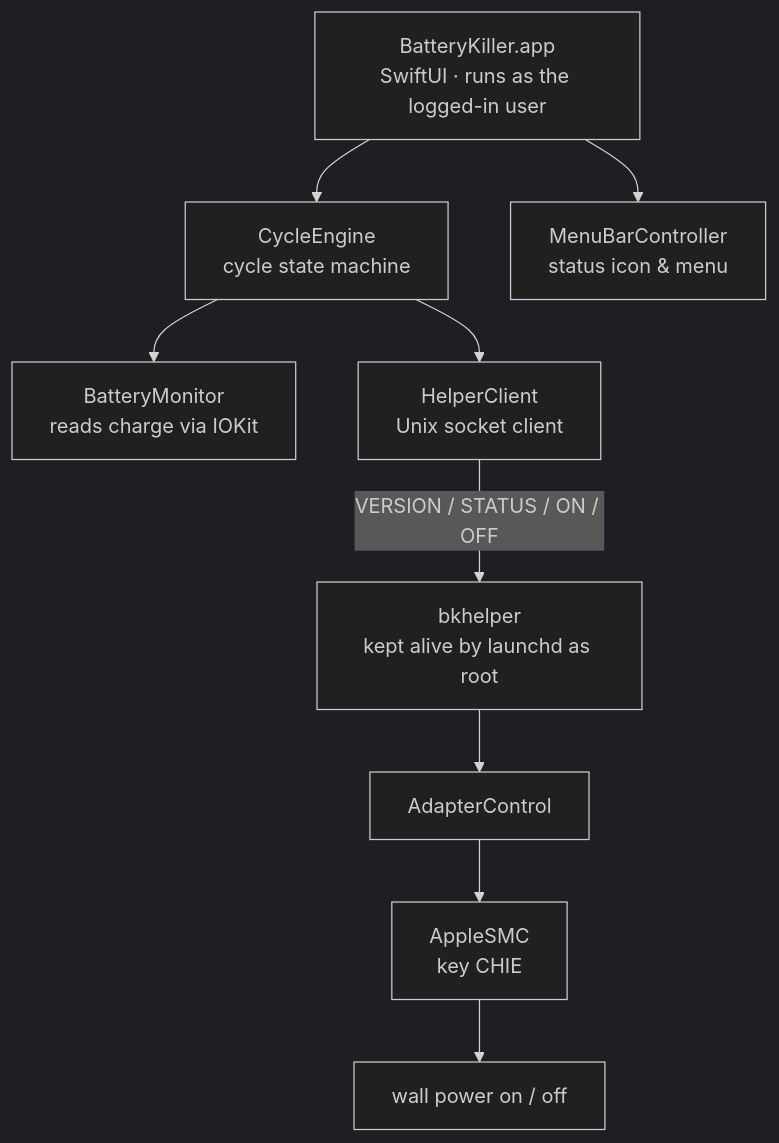
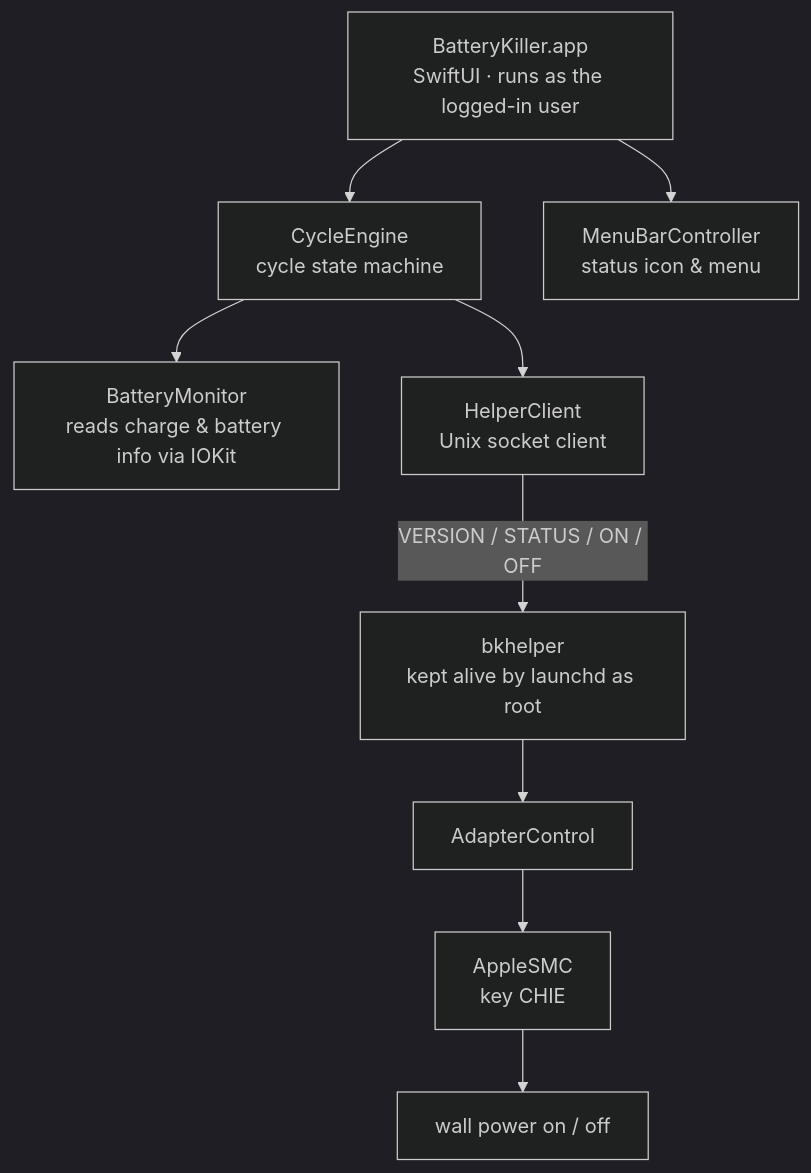
The third of 4 diagrams in README.md (angiie/b-killer), drawn with Mermaid before and after one commit. The commit also changed other lines of this file and 10 other files, not shown here.

````diff
--- a/README.md
+++ b/README.md
@@ -224,12 +226,12 @@
 ```mermaid
 %%{init: {'theme':'dark'}}%%
 graph TD
     A["BatteryKiller.app<br/>SwiftUI · runs as the logged-in user"] --> B["CycleEngine<br/>cycle state machine"]
     A --> C["MenuBarController<br/>status icon & menu"]
-    B --> D["BatteryMonitor<br/>reads charge via IOKit"]
+    B --> D["BatteryMonitor<br/>reads charge & battery info via IOKit"]
     B --> E["HelperClient<br/>Unix socket client"]
     E -->|"VERSION / STATUS / ON / OFF"| F["bkhelper<br/>kept alive by launchd as root"]
     F --> G["AdapterControl"]
     G --> H["AppleSMC<br/>key CHIE"]
     H --> I["wall power on / off"]
 ```
````
